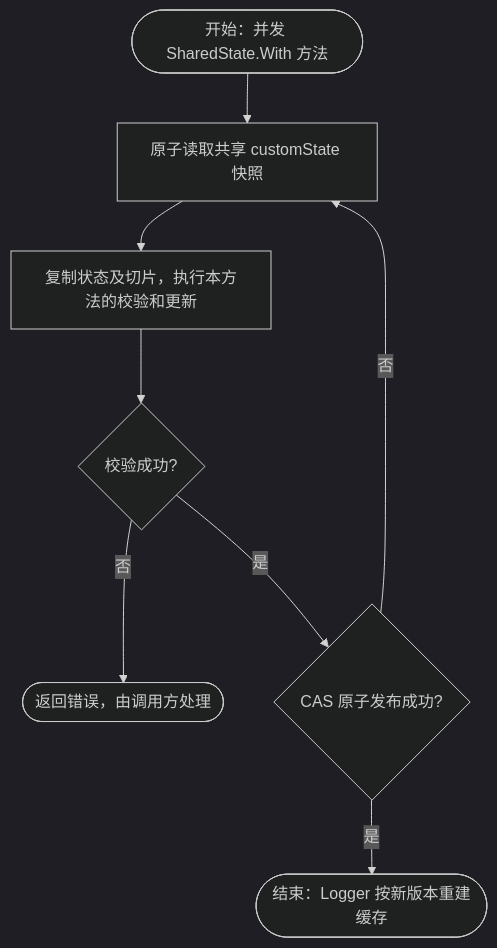
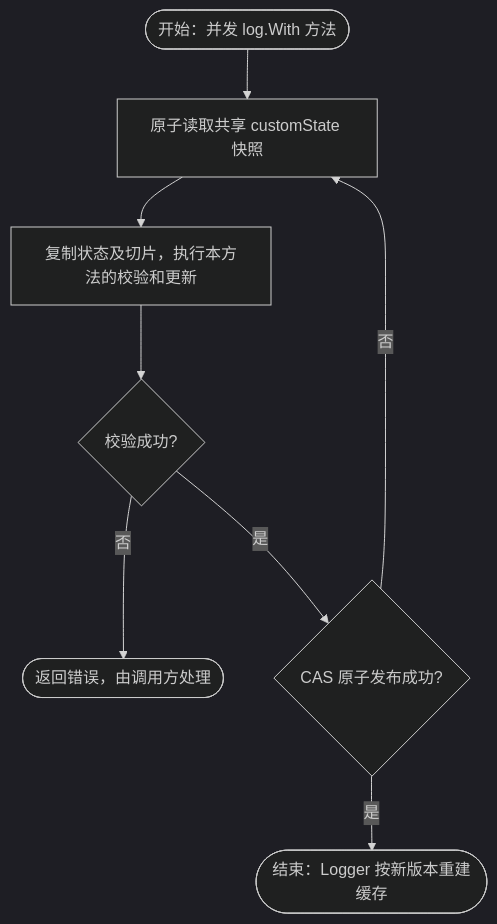
Before and after one commit to jaggerzhuang1994/kratos-foundation: the second of 2 diagrams in pkg/log/README.md, drawn with Mermaid (dark theme). The commit also changed other lines of this file and 87 other files, not shown here.

````diff
--- a/pkg/log/README.md
+++ b/pkg/log/README.md
@@ -112,10 +63,10 @@
 ```mermaid
 flowchart TD
-    A([开始：并发 SharedState.With 方法]) --> C[原子读取共享 customState 快照]
+    A([开始：并发 log.With 方法]) --> C[原子读取共享 customState 快照]
     C --> D[复制状态及切片，执行本方法的校验和更新]
     D --> E{校验成功?}
     E -- 否 --> X([返回错误，由调用方处理])
     E -- 是 --> F{CAS 原子发布成功?}
     F -- 否 --> C
     F -- 是 --> G([结束：Logger 按新版本重建缓存])
 ```
````
